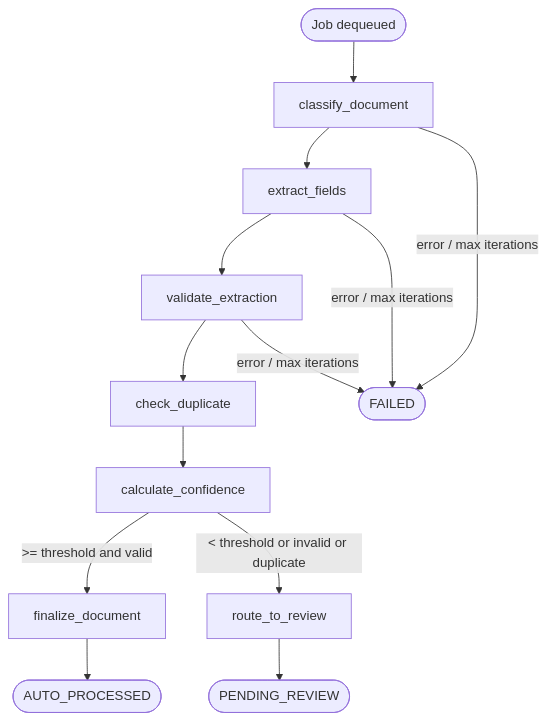
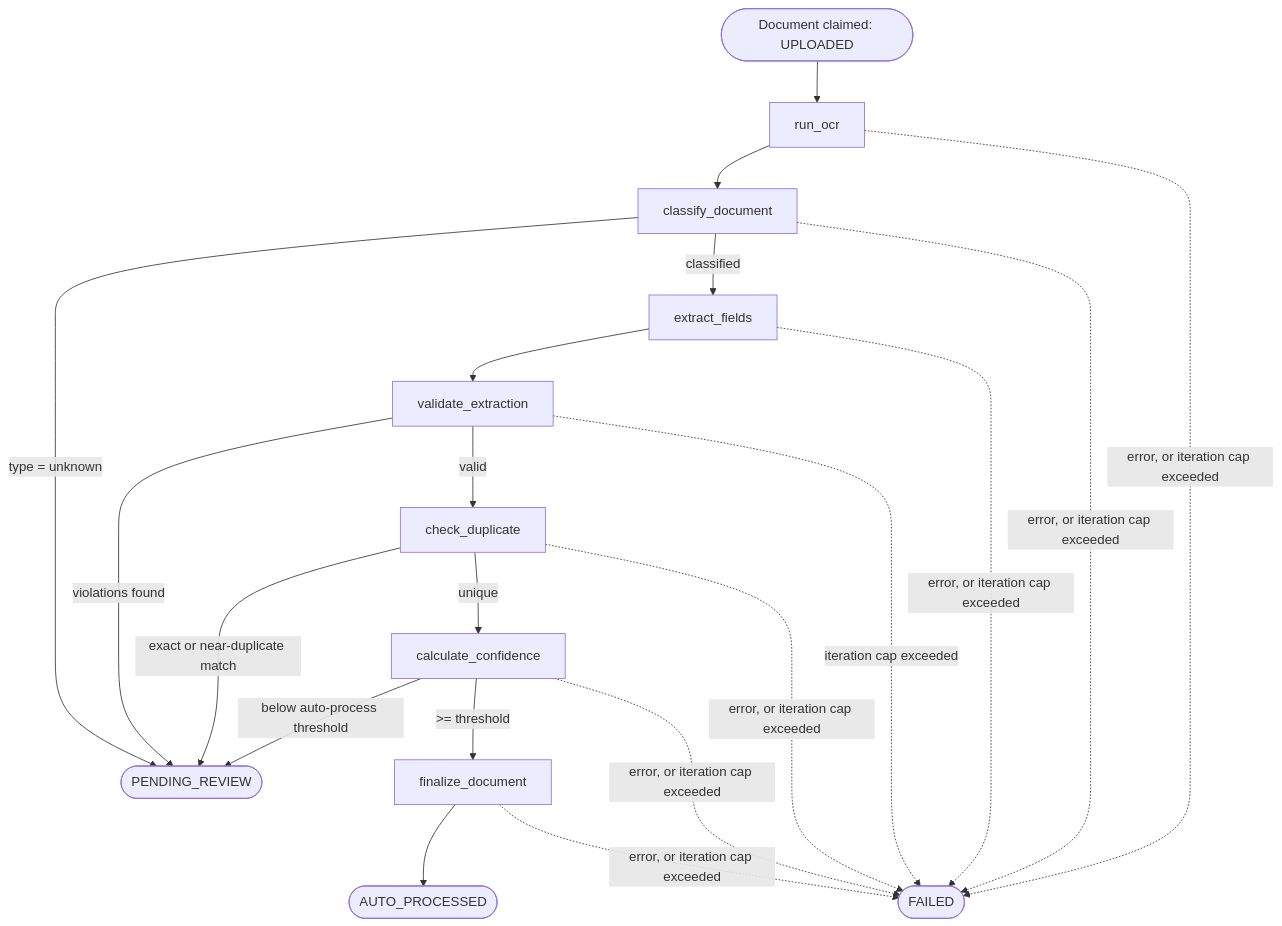
Before and after one commit to mwyzer/golang-next: the diagram in docs/architecture/agent-architecture.md, drawn with Mermaid. The commit also changed other lines of this file and 3 other files, not shown here.

First line of the commit message:
Add ER and sequence diagrams; fix two diagrams that had drifted from reality

````diff
--- a/docs/architecture/agent-architecture.md
+++ b/docs/architecture/agent-architecture.md
@@ -24,15 +24,23 @@
 ```mermaid
 flowchart TD
-    Start([Job dequeued]) --> Classify[classify_document]
-    Classify --> Extract[extract_fields]
+    Start([Document claimed: UPLOADED]) --> OCR[run_ocr]
+    OCR --> Classify[classify_document]
+    Classify -->|type = unknown| Review([PENDING_REVIEW])
+    Classify -->|classified| Extract[extract_fields]
     Extract --> Validate[validate_extraction]
-    Validate --> Dedup[check_duplicate]
-    Dedup --> Confidence[calculate_confidence]
-    Confidence -->|>= threshold and valid| AutoProcess[finalize_document]
-    Confidence -->|< threshold or invalid or duplicate| Review[route_to_review]
-    AutoProcess --> Done([AUTO_PROCESSED])
-    Review --> Pending([PENDING_REVIEW])
-    Classify -->|error / max iterations| Failed([FAILED])
-    Extract -->|error / max iterations| Failed
-    Validate -->|error / max iterations| Failed
+    Validate -->|violations found| Review
+    Validate -->|valid| Dedup[check_duplicate]
+    Dedup -->|exact or near-duplicate match| Review
+    Dedup -->|unique| Confidence[calculate_confidence]
+    Confidence -->|below auto-process threshold| Review
+    Confidence -->|>= threshold| Finalize[finalize_document]
+    Finalize --> Done([AUTO_PROCESSED])
+
+    OCR -.error, or iteration cap exceeded.-> Failed([FAILED])
+    Classify -.error, or iteration cap exceeded.-> Failed
+    Extract -.error, or iteration cap exceeded.-> Failed
+    Validate -.iteration cap exceeded.-> Failed
+    Dedup -.error, or iteration cap exceeded.-> Failed
+    Confidence -.error, or iteration cap exceeded.-> Failed
+    Finalize -.error, or iteration cap exceeded.-> Failed
 ```
````
